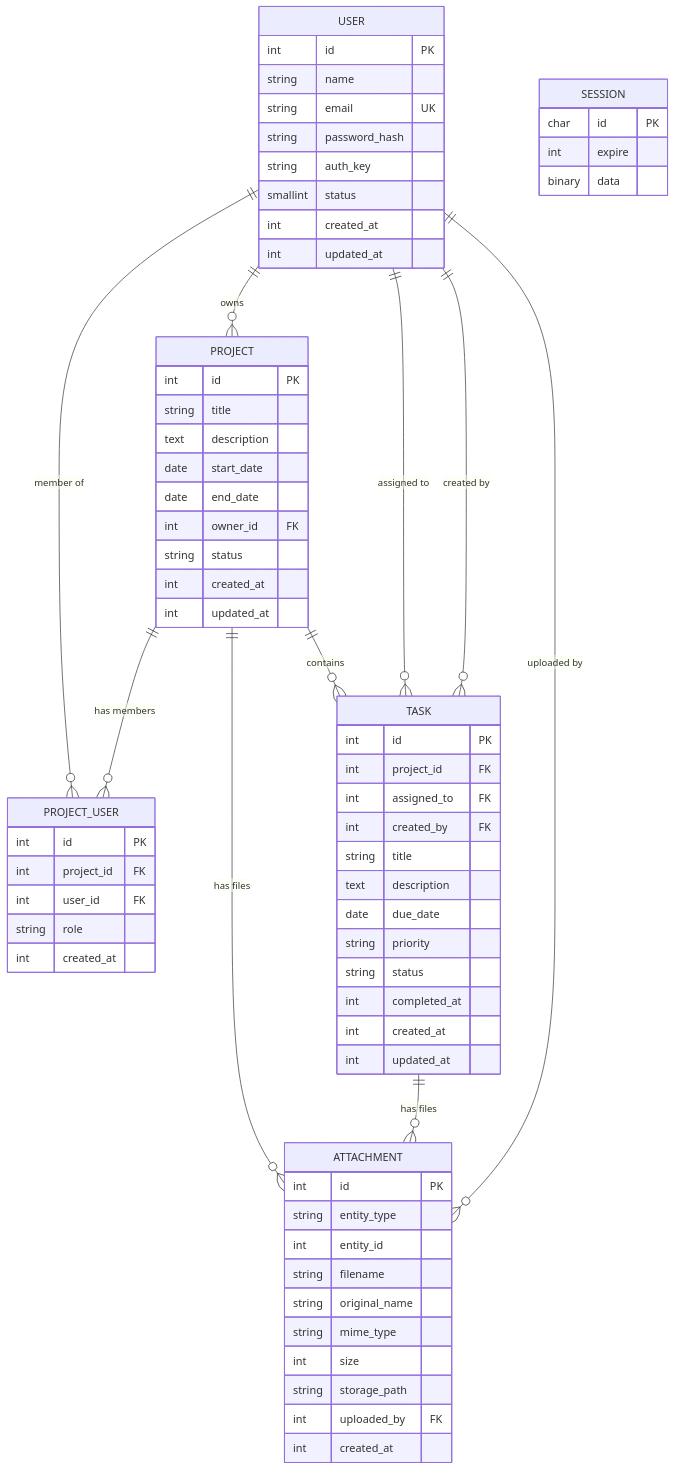
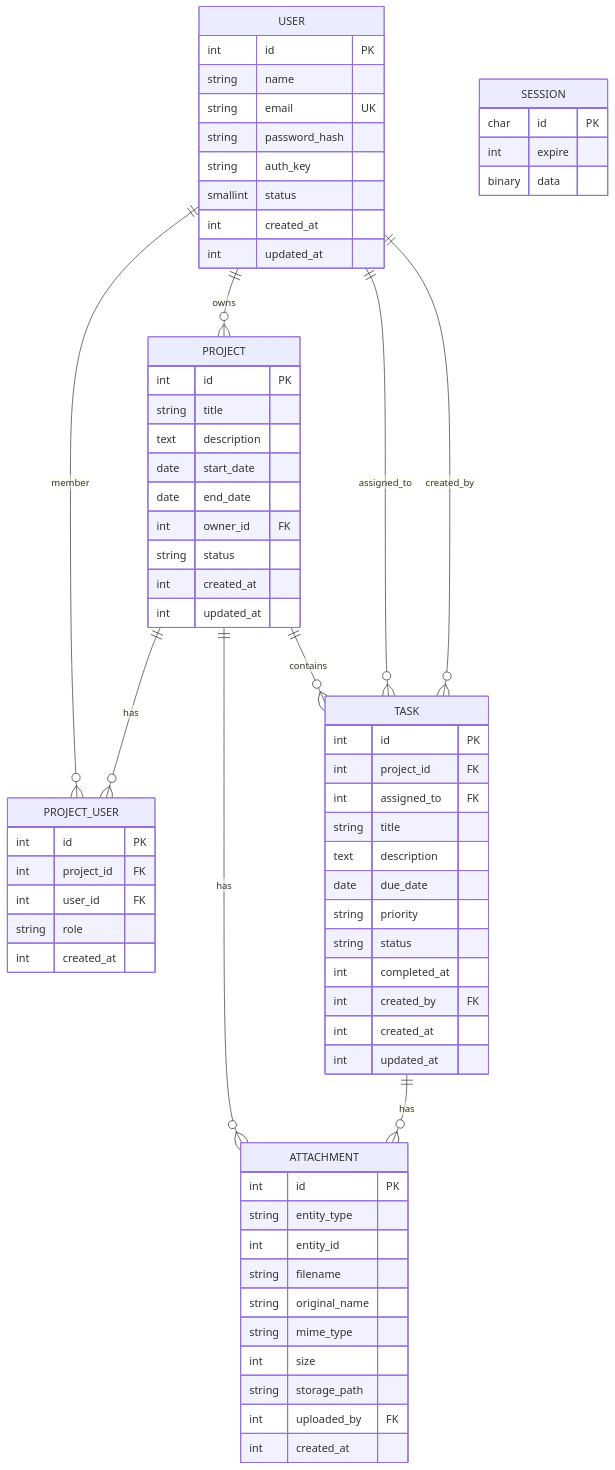
The diagram in README.md (thomazjb/dever.io), drawn with Mermaid before and after one commit. The commit also changed other lines of this file, not shown here.

Commit message:
chore: implementing new relationships in DER

````diff
--- a/README.md
+++ b/README.md
@@ -303,77 +304,76 @@
 ```mermaid
 erDiagram
-    USER ||--o{ PROJECT : "owns"
-    USER ||--o{ PROJECT_USER : "member of"
-    PROJECT ||--o{ PROJECT_USER : "has members"
-    PROJECT ||--o{ TASK : "contains"
-    USER ||--o{ TASK : "assigned to"
-    USER ||--o{ TASK : "created by"
-    PROJECT ||--o{ ATTACHMENT : "has files"
-    TASK ||--o{ ATTACHMENT : "has files"
-    USER ||--o{ ATTACHMENT : "uploaded by"
-
     USER {
         int id PK
         string name
         string email UK
         string password_hash
         string auth_key
         smallint status
         int created_at
         int updated_at
     }
 
     PROJECT {
         int id PK
         string title
         text description
         date start_date
         date end_date
         int owner_id FK
         string status
         int created_at
         int updated_at
     }
 
     PROJECT_USER {
         int id PK
         int project_id FK
         int user_id FK
         string role
         int created_at
     }
 
     TASK {
         int id PK
         int project_id FK
         int assigned_to FK
-        int created_by FK
         string title
         text description
         date due_date
         string priority
         string status
         int completed_at
+        int created_by FK
         int created_at
         int updated_at
     }
 
     ATTACHMENT {
         int id PK
         string entity_type
         int entity_id
         string filename
         string original_name
         string mime_type
         int size
         string storage_path
         int uploaded_by FK
         int created_at
     }
 
     SESSION {
         char id PK
         int expire
         binary data
     }
+
+    USER ||--o{ PROJECT : owns
+    USER ||--o{ PROJECT_USER : member
+    PROJECT ||--o{ PROJECT_USER : has
+    PROJECT ||--o{ TASK : contains
+    USER ||--o{ TASK : assigned_to
+    USER ||--o{ TASK : created_by
+    PROJECT ||--o{ ATTACHMENT : has
+    TASK ||--o{ ATTACHMENT : has
 ```
````
